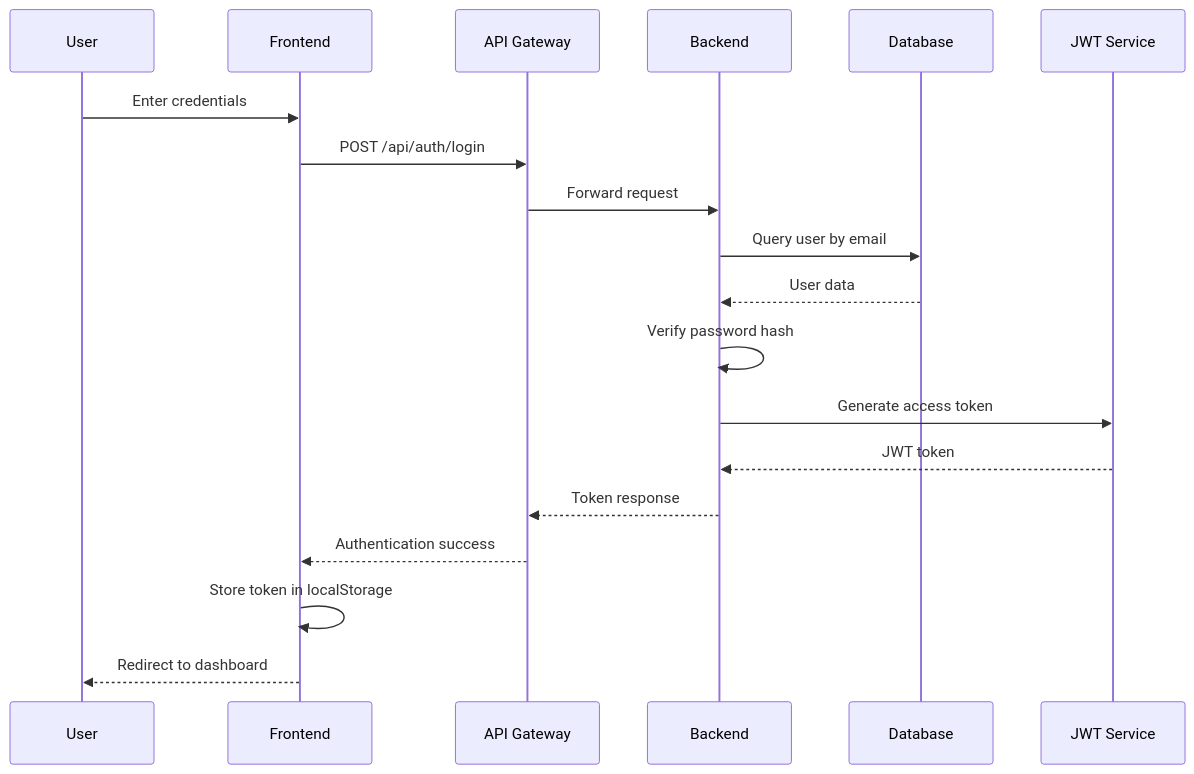
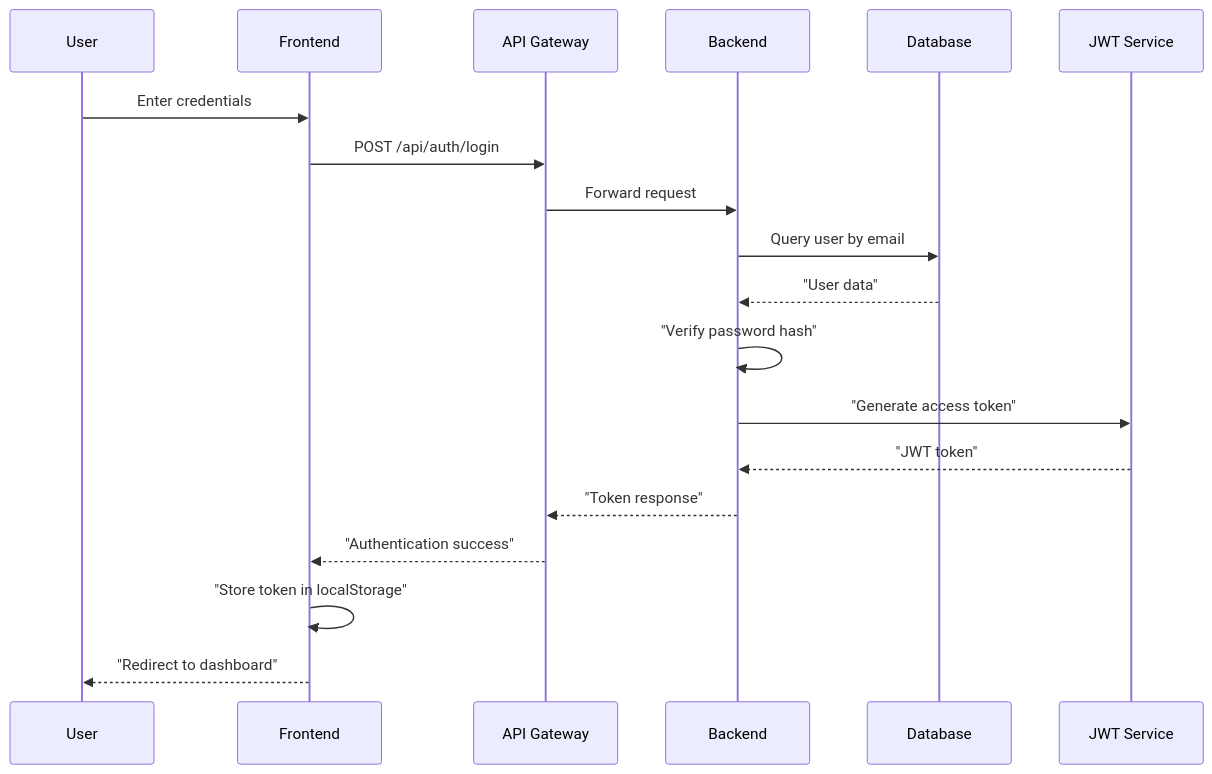
One commit to akramahmed1/QuantaEnergi changed the first of 8 diagrams in docs/architecture/sequence-diagrams.md. Above: the diagram before and after it, drawn with Mermaid. The commit also changed other lines of this file and 6 other files, not shown here.

Commit message:
mermaid fixes compatibility

````diff
--- a/docs/architecture/sequence-diagrams.md
+++ b/docs/architecture/sequence-diagrams.md
@@ -5,22 +5,22 @@
 ```mermaid
 sequenceDiagram
     participant U as User
     participant F as Frontend
     participant A as API Gateway
     participant B as Backend
     participant DB as Database
     participant JWT as JWT Service
 
     U->>F: Enter credentials
     F->>A: POST /api/auth/login
     A->>B: Forward request
     B->>DB: Query user by email
-    DB-->>B: User data
-    B->>B: Verify password hash
-    B->>JWT: Generate access token
-    JWT-->>B: JWT token
-    B-->>A: Token response
-    A-->>F: Authentication success
-    F->>F: Store token in localStorage
-    F-->>U: Redirect to dashboard
+    DB-->>B: "User data"
+    B->>B: "Verify password hash"
+    B->>JWT: "Generate access token"
+    JWT-->>B: "JWT token"
+    B-->>A: "Token response"
+    A-->>F: "Authentication success"
+    F->>F: "Store token in localStorage"
+    F-->>U: "Redirect to dashboard"
 ```
````
